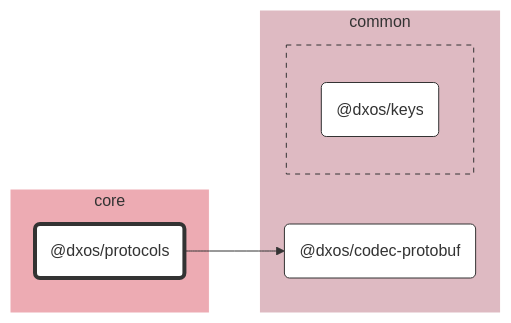
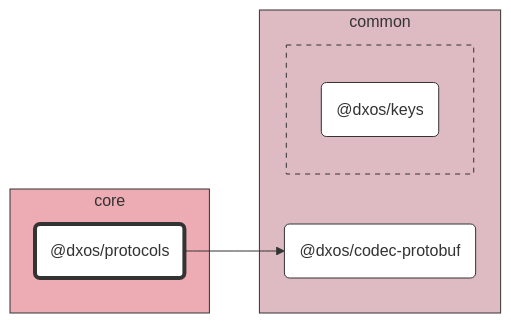
Before and after one commit to dxos/dxos: the diagram in packages/core/protocols/docs/README.md, drawn with Mermaid. The commit also changed 89 other files, not shown here.

````diff
--- a/packages/core/protocols/docs/README.md
+++ b/packages/core/protocols/docs/README.md
@@ -7,33 +7,33 @@
 ```mermaid
 %%{ init: {'flowchart':{'curve':'basis'}} }%%
 
 flowchart LR
 
 %% Classes
 classDef def fill:#fff,stroke:#333,stroke-width:1px
 classDef root fill:#fff,stroke:#333,stroke-width:4px
 
 %% Nodes
 
 subgraph core [core]
-  style core fill:#edabb3,stroke:#fff
+  style core fill:#edabb3,stroke:#333
   dxos/protocols("@dxos/protocols"):::root
   click dxos/protocols "dxos/dxos/tree/main/packages/core/protocols/docs"
 end
 
 subgraph common [common]
-  style common fill:#debac2,stroke:#fff
+  style common fill:#debac2,stroke:#333
   dxos/codec-protobuf("@dxos/codec-protobuf"):::def
   click dxos/codec-protobuf "dxos/dxos/tree/main/packages/common/codec-protobuf/docs"
 
-  subgraph common-excluded [ ]
-    style common-excluded fill:#debac2,stroke:#333,stroke-dasharray:5 5
+  subgraph _ [ ]
+    style _ fill:#debac2,stroke:#333,stroke-dasharray:5 5
     dxos/keys("@dxos/keys"):::def
     click dxos/keys "dxos/dxos/tree/main/packages/common/keys/docs"
   end
 end
 
 %% Links
 linkStyle default stroke:#333,stroke-width:1px
 dxos/protocols --> dxos/codec-protobuf
 ```
````
